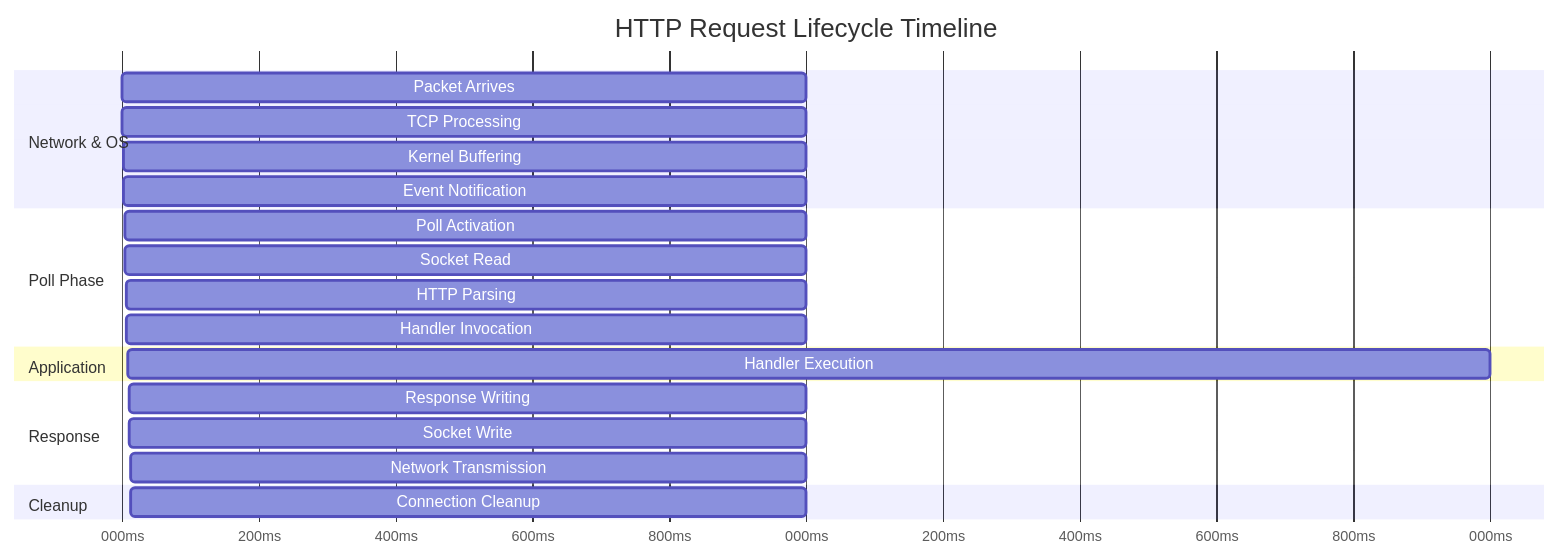
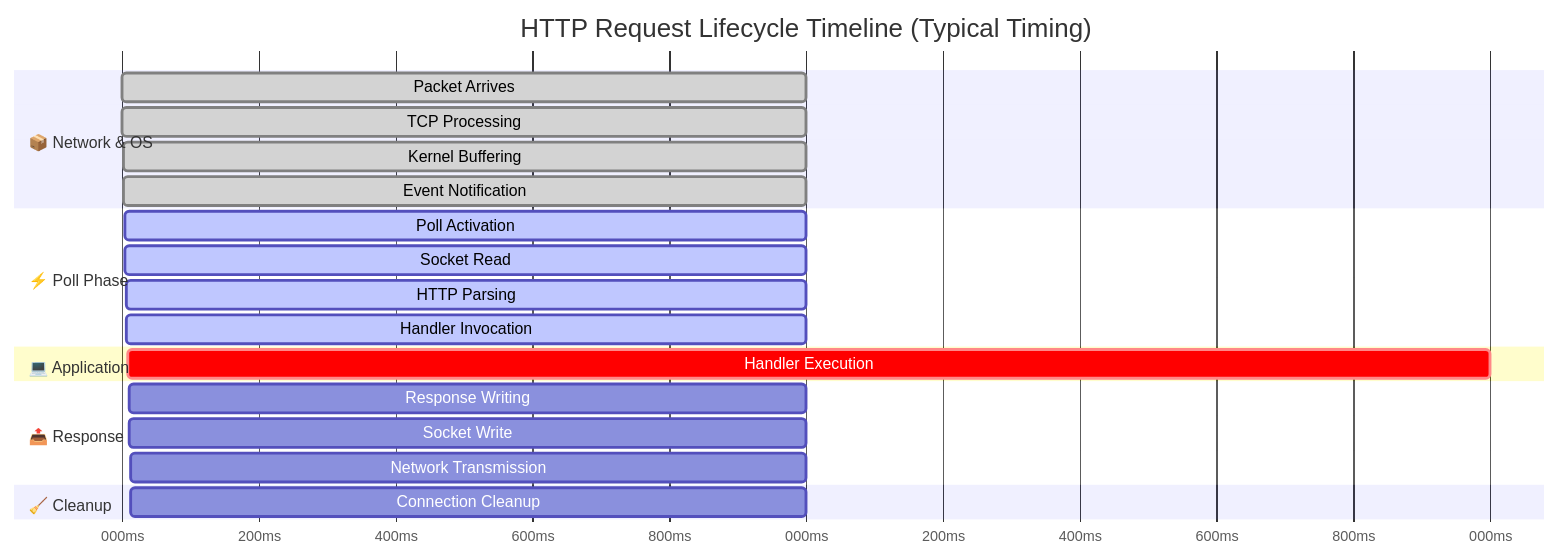
One commit to rkgiitkgp/study-material changed the eighth of 9 diagrams in Nodejs/http-request-lifecycle-diagram.md. Above: the diagram before and after it, drawn with Mermaid. The commit also changed other lines of this file and 1 other file, not shown here.

Commit message:
beautify mermaid flow diagram http request cycle

````diff
--- a/Nodejs/http-request-lifecycle-diagram.md
+++ b/Nodejs/http-request-lifecycle-diagram.md
@@ -155,29 +192,29 @@
 ```mermaid
 gantt
-    title HTTP Request Lifecycle Timeline
+    title HTTP Request Lifecycle Timeline (Typical Timing)
     dateFormat X
     axisFormat %Lms
     
-    section Network & OS
-    Packet Arrives           :0, 1
-    TCP Processing           :1, 1
-    Kernel Buffering         :2, 1
-    Event Notification       :3, 1
+    section 📦 Network & OS
+    Packet Arrives           :done, 0, 1
+    TCP Processing           :done, 1, 1
+    Kernel Buffering         :done, 2, 1
+    Event Notification       :done, 3, 1
     
-    section Poll Phase
-    Poll Activation          :4, 1
-    Socket Read              :5, 1
-    HTTP Parsing             :6, 1
-    Handler Invocation       :7, 1
+    section ⚡ Poll Phase
+    Poll Activation          :active, 4, 1
+    Socket Read              :active, 5, 1
+    HTTP Parsing             :active, 6, 1
+    Handler Invocation       :active, 7, 1
     
-    section Application
-    Handler Execution        :8, 2
+    section 💻 Application
+    Handler Execution        :crit, 8, 2
     
-    section Response
+    section 📤 Response
     Response Writing         :10, 1
     Socket Write             :11, 1
     Network Transmission     :12, 1
     
-    section Cleanup
+    section 🧹 Cleanup
     Connection Cleanup       :13, 1
 ```
````
